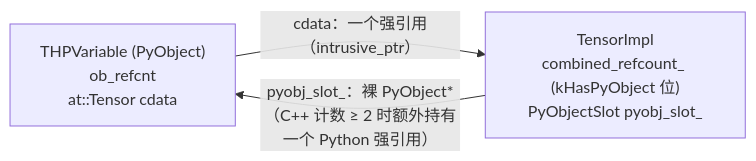
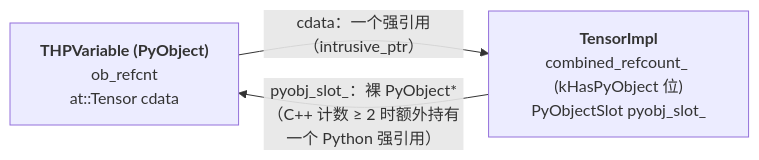
The first of 2 diagrams in _posts/2026-02-14-cpp-pybind11-python-c-api-and-abi.md (arganzheng/arganzheng.github.com), drawn with Mermaid before and after one commit. The commit also changed other lines of this file and 7 other files, not shown here.

First line of the commit message:
C++ 在 AI-Infra：从对象模型到算子扩展：Mermaid 多行方框的首行标为标题（8 篇）

````diff
--- a/_posts/2026-02-14-cpp-pybind11-python-c-api-and-abi.md
+++ b/_posts/2026-02-14-cpp-pybind11-python-c-api-and-abi.md
@@ -1095,8 +1095,8 @@
 ```mermaid
 %% 图：两个引用计数谁持有谁：THPVariable 经 cdata 强引用 TensorImpl，TensorImpl 经 pyobj_slot_ 回指
 flowchart LR
-    PY["THPVariable (PyObject)<br/>ob_refcnt<br/>at::Tensor cdata"]
-    IMPL["TensorImpl<br/>combined_refcount_ (kHasPyObject 位)<br/>PyObjectSlot pyobj_slot_"]
+    PY["<b>THPVariable (PyObject)</b><br/>ob_refcnt<br/>at::Tensor cdata"]
+    IMPL["<b>TensorImpl</b><br/>combined_refcount_ (kHasPyObject 位)<br/>PyObjectSlot pyobj_slot_"]
     PY -- "cdata：一个强引用（intrusive_ptr）" --> IMPL
     IMPL -- "pyobj_slot_：裸 PyObject*<br/>（C++ 计数 ≥ 2 时额外持有一个 Python 强引用）" --> PY
 ```
````
